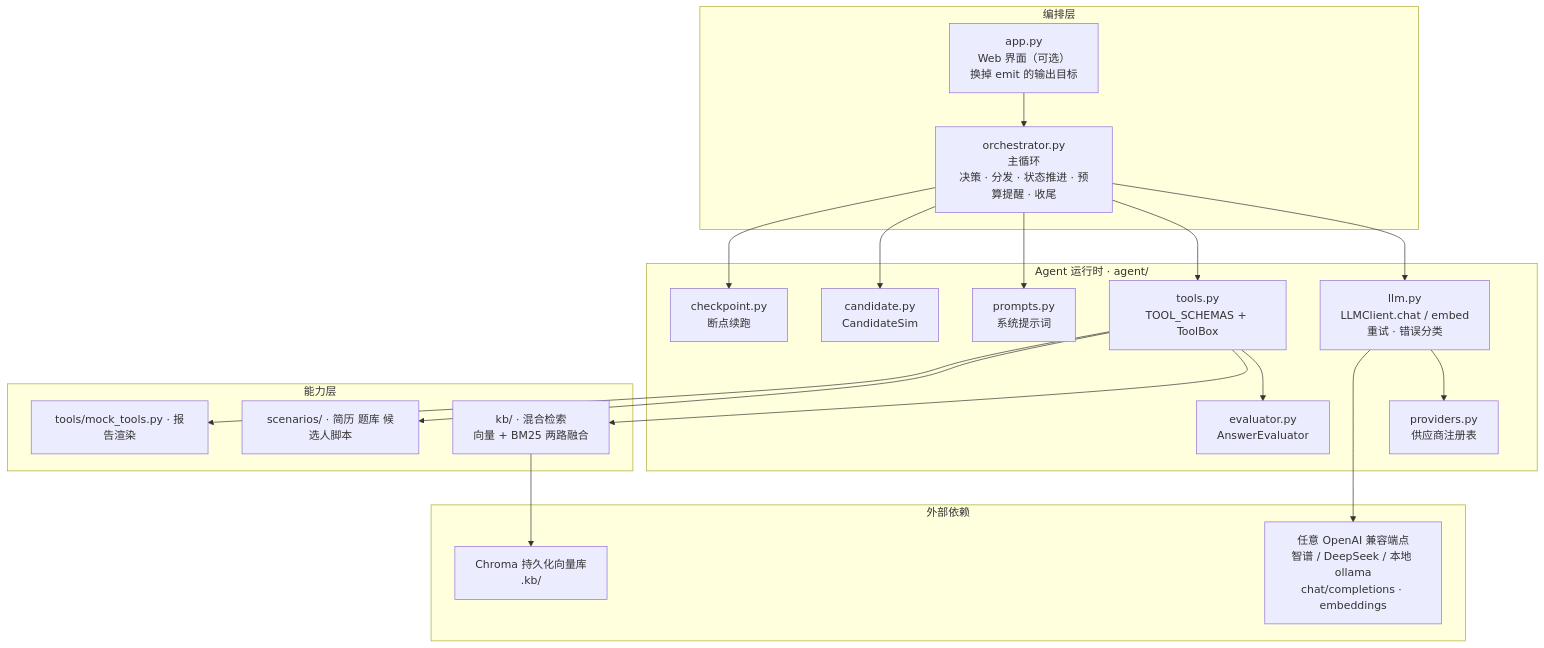
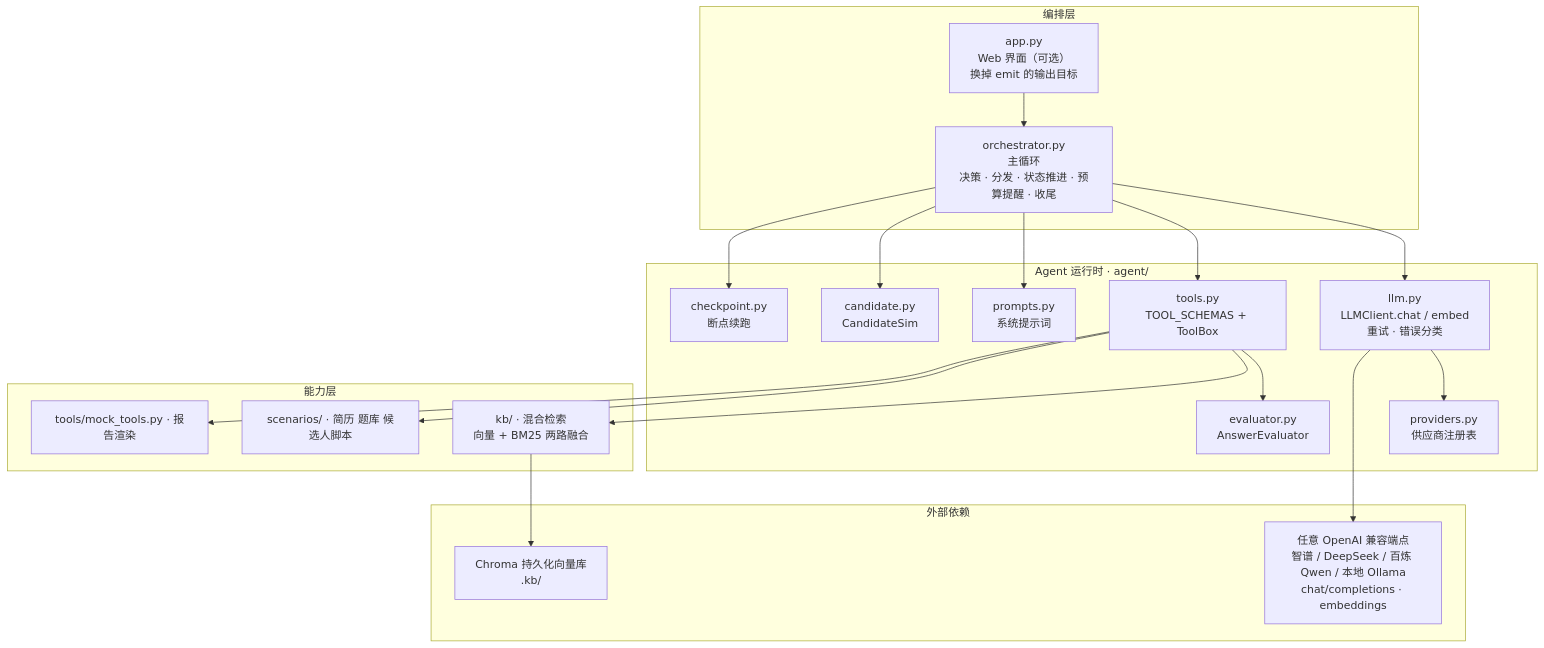
One commit to spike5321/mockmate changed the diagram in docs/architecture.md. Above: the diagram before and after it, drawn with Mermaid. The commit also changed other lines of this file and 9 other files, not shown here.

````diff
--- a/docs/architecture.md
+++ b/docs/architecture.md
@@ -21,38 +21,38 @@
 ```mermaid
 flowchart TB
     subgraph L1["编排层"]
         MAIN["orchestrator.py<br/>主循环<br/>决策 · 分发 · 状态推进 · 预算提醒 · 收尾"]
         UI["app.py<br/>Web 界面（可选）<br/>换掉 emit 的输出目标"]
     end
     subgraph L2["Agent 运行时 · agent/"]
         LLM["llm.py<br/>LLMClient.chat / embed<br/>重试 · 错误分类"]
         PROV["providers.py<br/>供应商注册表"]
         TOOLS["tools.py<br/>TOOL_SCHEMAS + ToolBox"]
         PROMPT["prompts.py<br/>系统提示词"]
         CAND["candidate.py<br/>CandidateSim"]
         EVAL["evaluator.py<br/>AnswerEvaluator"]
         CKPT["checkpoint.py<br/>断点续跑"]
     end
     subgraph L3["能力层"]
         KB["kb/ · 混合检索<br/>向量 + BM25 两路融合"]
         DATA["scenarios/ · 简历 题库 候选人脚本"]
         REND["tools/mock_tools.py · 报告渲染"]
     end
     subgraph L4["外部依赖"]
-        VENDOR["任意 OpenAI 兼容端点<br/>智谱 / DeepSeek / 本地 ollama<br/>chat/completions · embeddings"]
+        VENDOR["任意 OpenAI 兼容端点<br/>智谱 / DeepSeek / 百炼 Qwen / 本地 Ollama<br/>chat/completions · embeddings"]
         CHROMA["Chroma 持久化向量库<br/>.kb/"]
     end
     MAIN --> LLM
     UI --> MAIN
     MAIN --> TOOLS
     MAIN --> PROMPT
     MAIN --> CAND
     MAIN --> CKPT
     LLM --> PROV
     TOOLS --> EVAL
     TOOLS --> KB
     TOOLS --> DATA
     TOOLS --> REND
     KB --> CHROMA
     LLM --> VENDOR
 ```
````
